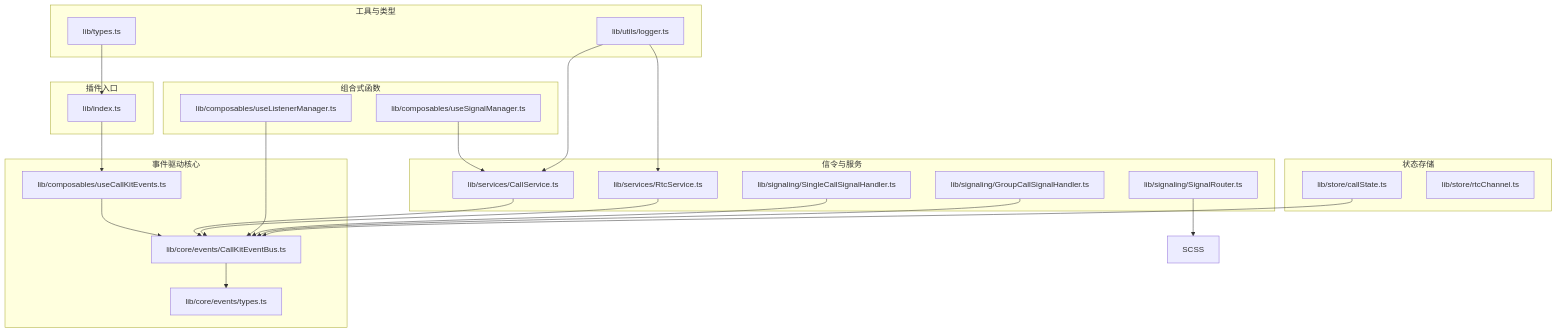
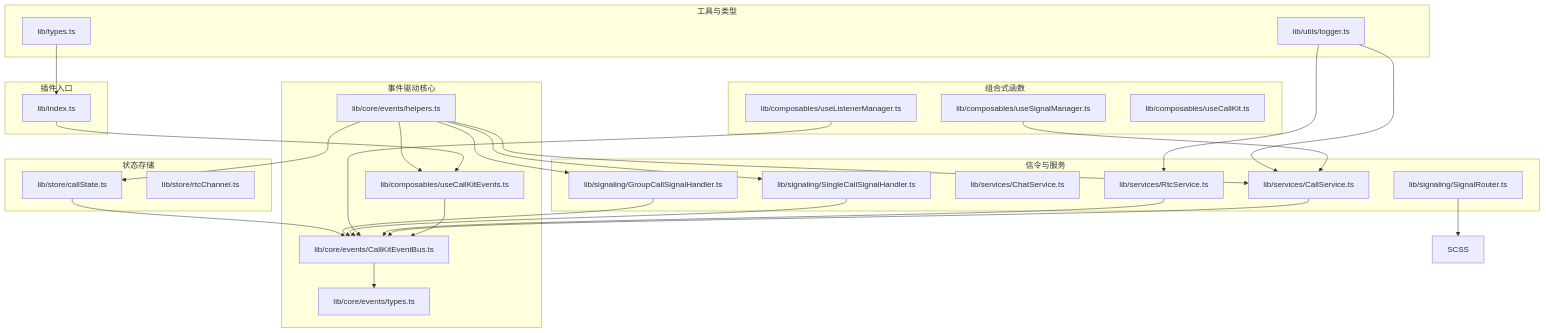
The first of 10 diagrams in .qoder/repowiki/zh/content/高级功能/事件监听管理.md (Easemob-Community/easemob-uikit-callkit-vue3), drawn with Mermaid before and after one commit. The commit also changed other lines of this file and 58 other files, not shown here.

````diff
--- a/.qoder/repowiki/zh/content/高级功能/事件监听管理.md
+++ b/.qoder/repowiki/zh/content/高级功能/事件监听管理.md
@@ -53,44 +59,52 @@
 ```mermaid
 graph TB
 subgraph "插件入口"
 IDX["lib/index.ts"]
 end
 subgraph "事件驱动核心"
 EBUS["lib/core/events/CallKitEventBus.ts"]
 ETYPE["lib/core/events/types.ts"]
 UEVT["lib/composables/useCallKitEvents.ts"]
+EHLP["lib/core/events/helpers.ts"]
 end
 subgraph "信令与服务"
 CS["lib/services/CallService.ts"]
 RS["lib/services/RtcService.ts"]
+CHS["lib/services/ChatService.ts"]
 SR["lib/signaling/SignalRouter.ts"]
 SCSH["lib/signaling/SingleCallSignalHandler.ts"]
 GCSH["lib/signaling/GroupCallSignalHandler.ts"]
 end
 subgraph "状态存储"
 CST["lib/store/callState.ts"]
 RCT["lib/store/rtcChannel.ts"]
 end
 subgraph "组合式函数"
 LMAN["lib/composables/useListenerManager.ts"]
 SMAN["lib/composables/useSignalManager.ts"]
+UCK["lib/composables/useCallKit.ts"]
 end
 subgraph "工具与类型"
 LOG["lib/utils/logger.ts"]
 TYP["lib/types.ts"]
 end
 IDX --> UEVT
 UEVT --> EBUS
 EBUS --> ETYPE
+EHLP --> UEVT
+EHLP --> CS
+EHLP --> SCSH
+EHLP --> GCSH
+EHLP --> CST
 CS --> EBUS
 RS --> EBUS
 LMAN --> EBUS
 SR --> SCSS
 SCSH --> EBUS
 GCSH --> EBUS
 CST --> EBUS
 SMAN --> CS
 LOG --> CS
 LOG --> RS
 TYP --> IDX
 ```
````
